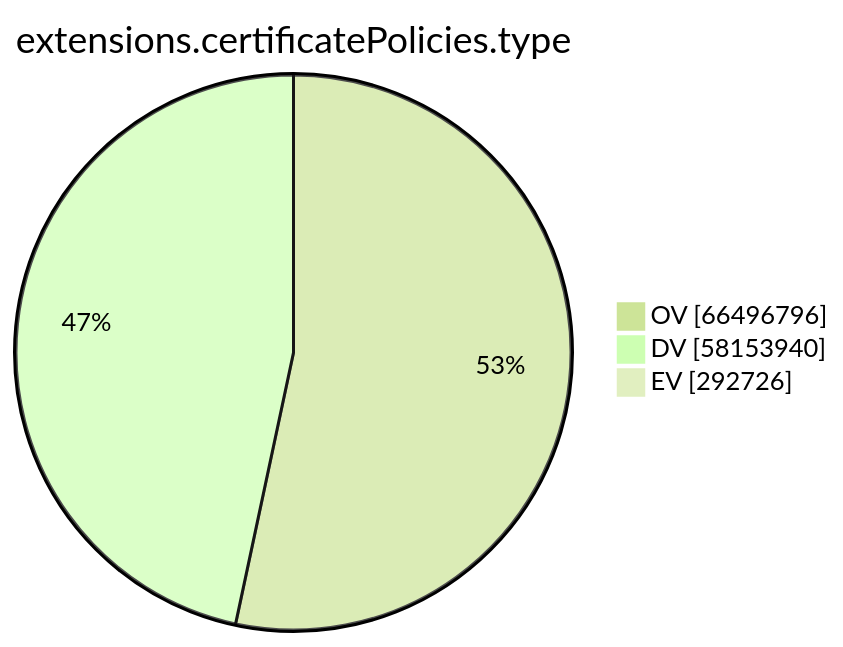
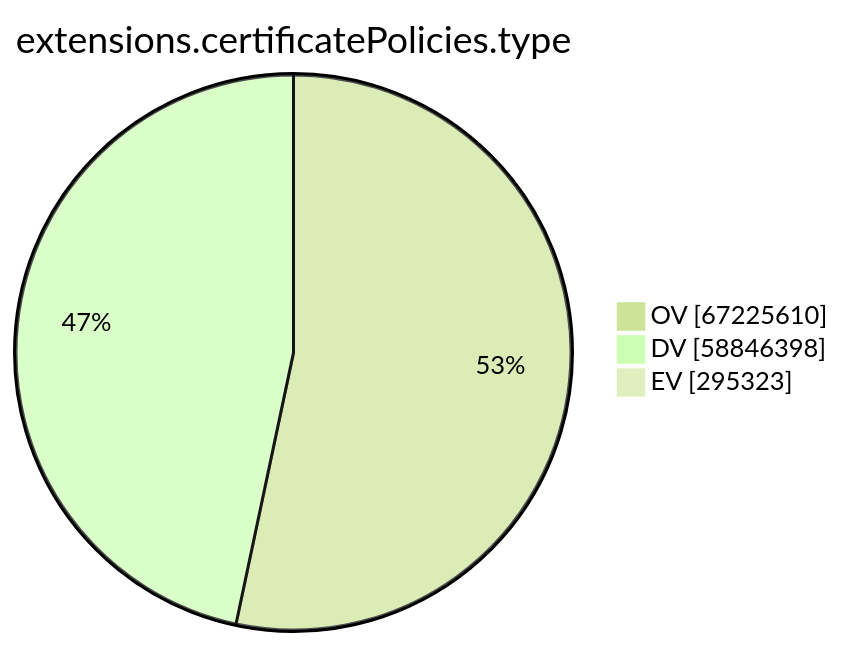
The ninth of 15 diagrams in xenon2023/README.md (christiankrug/ctmonitor_visualization), drawn with Mermaid (forest theme) before and after one commit. The commit also changed other lines of this file, not shown here.

````diff
--- a/xenon2023/README.md
+++ b/xenon2023/README.md
@@ -2172,7 +2178,7 @@
 ```mermaid
 pie showData
 title extensions.certificatePolicies.type
-"OV" :66496796
-"DV" :58153940
-"EV" :292726
+"OV" :67225610
+"DV" :58846398
+"EV" :295323
 ```
````
